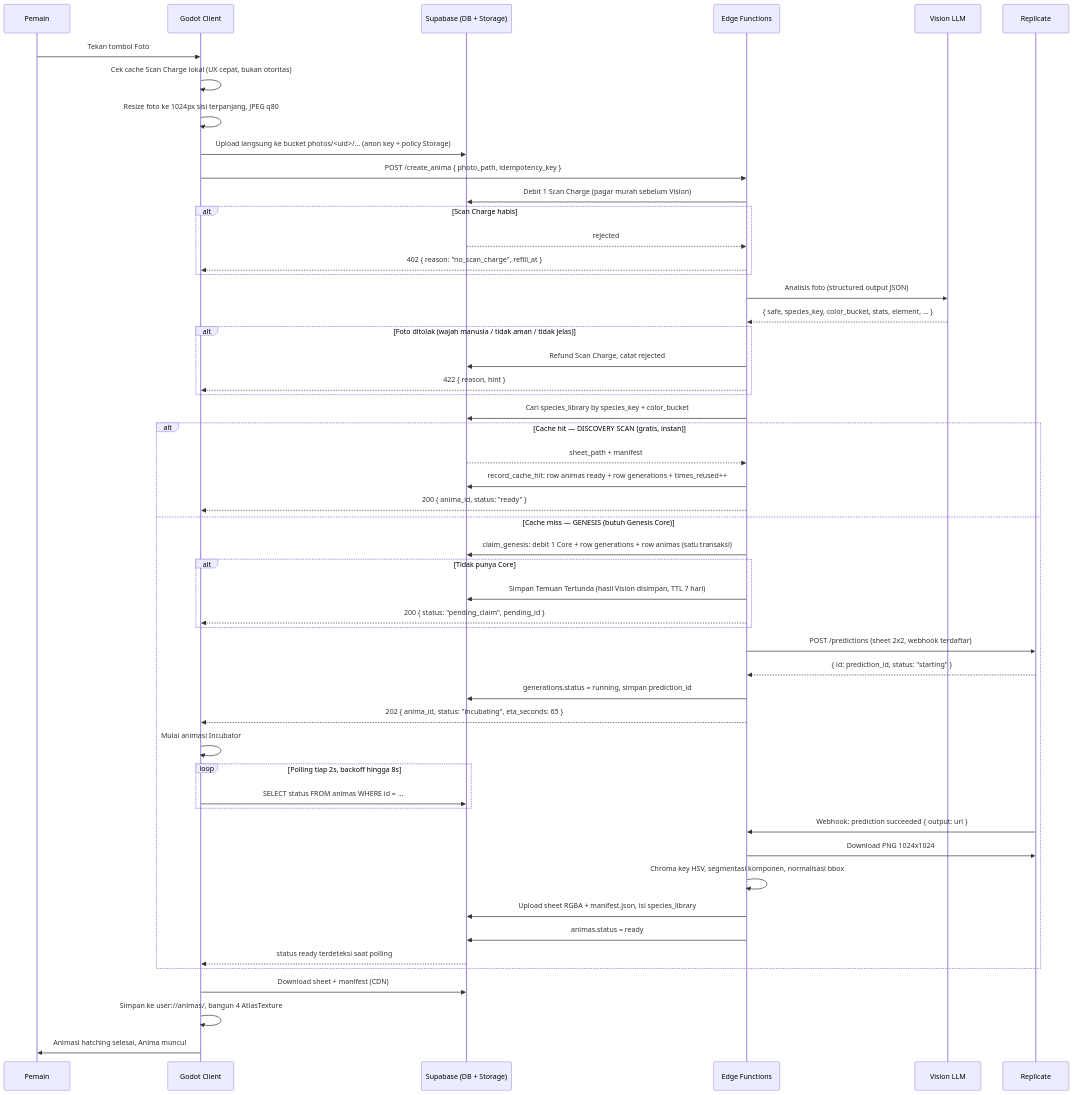
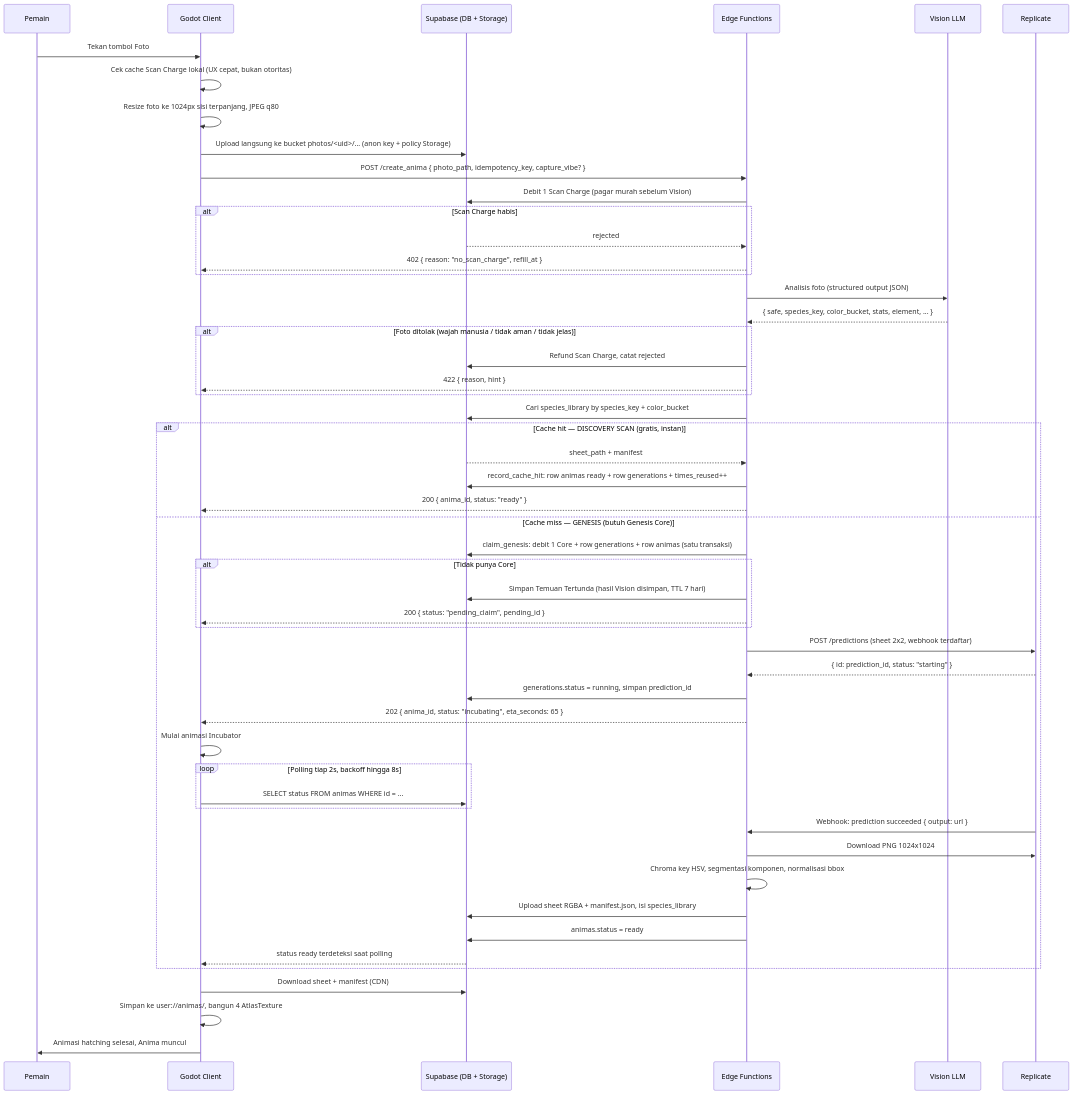
The first of 5 diagrams in docs/01-architecture-dataflow.md (ryansetia1/Scanima), drawn with Mermaid before and after one commit. The commit also changed 31 other files, not shown here.

First line of the commit message:
Implement Capture Vibe feature in Scanima with v31 updates

````diff
--- a/docs/01-architecture-dataflow.md
+++ b/docs/01-architecture-dataflow.md
@@ -79,60 +79,60 @@
 ```mermaid
 sequenceDiagram
     participant P as Pemain
     participant G as Godot Client
     participant S as Supabase (DB + Storage)
     participant EF as Edge Functions
     participant V as Vision LLM
     participant R as Replicate
 
     P->>G: Tekan tombol Foto
     G->>G: Cek cache Scan Charge lokal (UX cepat, bukan otoritas)
     G->>G: Resize foto ke 1024px sisi terpanjang, JPEG q80
     G->>S: Upload langsung ke bucket photos/<uid>/... (anon key + policy Storage)
-    G->>EF: POST /create_anima { photo_path, idempotency_key }
+    G->>EF: POST /create_anima { photo_path, idempotency_key, capture_vibe? }
 
     EF->>S: Debit 1 Scan Charge (pagar murah sebelum Vision)
     alt Scan Charge habis
         S-->>EF: rejected
         EF-->>G: 402 { reason: "no_scan_charge", refill_at }
     end
 
     EF->>V: Analisis foto (structured output JSON)
     V-->>EF: { safe, species_key, color_bucket, stats, element, ... }
 
     alt Foto ditolak (wajah manusia / tidak aman / tidak jelas)
         EF->>S: Refund Scan Charge, catat rejected
         EF-->>G: 422 { reason, hint }
     end
 
     EF->>S: Cari species_library by species_key + color_bucket
     alt Cache hit — DISCOVERY SCAN (gratis, instan)
         S-->>EF: sheet_path + manifest
         EF->>S: record_cache_hit: row animas ready + row generations + times_reused++
         EF-->>G: 200 { anima_id, status: "ready" }
     else Cache miss — GENESIS (butuh Genesis Core)
         EF->>S: claim_genesis: debit 1 Core + row generations + row animas (satu transaksi)
         alt Tidak punya Core
             EF->>S: Simpan Temuan Tertunda (hasil Vision disimpan, TTL 7 hari)
             EF-->>G: 200 { status: "pending_claim", pending_id }
         end
         EF->>R: POST /predictions (sheet 2x2, webhook terdaftar)
         R-->>EF: { id: prediction_id, status: "starting" }
         EF->>S: generations.status = running, simpan prediction_id
         EF-->>G: 202 { anima_id, status: "incubating", eta_seconds: 65 }
         G->>G: Mulai animasi Incubator
         loop Polling tiap 2s, backoff hingga 8s
             G->>S: SELECT status FROM animas WHERE id = ...
         end
         R->>EF: Webhook: prediction succeeded { output: url }
         EF->>R: Download PNG 1024x1024
         EF->>EF: Chroma key HSV, segmentasi komponen, normalisasi bbox
         EF->>S: Upload sheet RGBA + manifest.json, isi species_library
         EF->>S: animas.status = ready
         S-->>G: status ready terdeteksi saat polling
     end
 
     G->>S: Download sheet + manifest (CDN)
     G->>G: Simpan ke user://animas/, bangun 4 AtlasTexture
     G->>P: Animasi hatching selesai, Anima muncul
 ```
````
